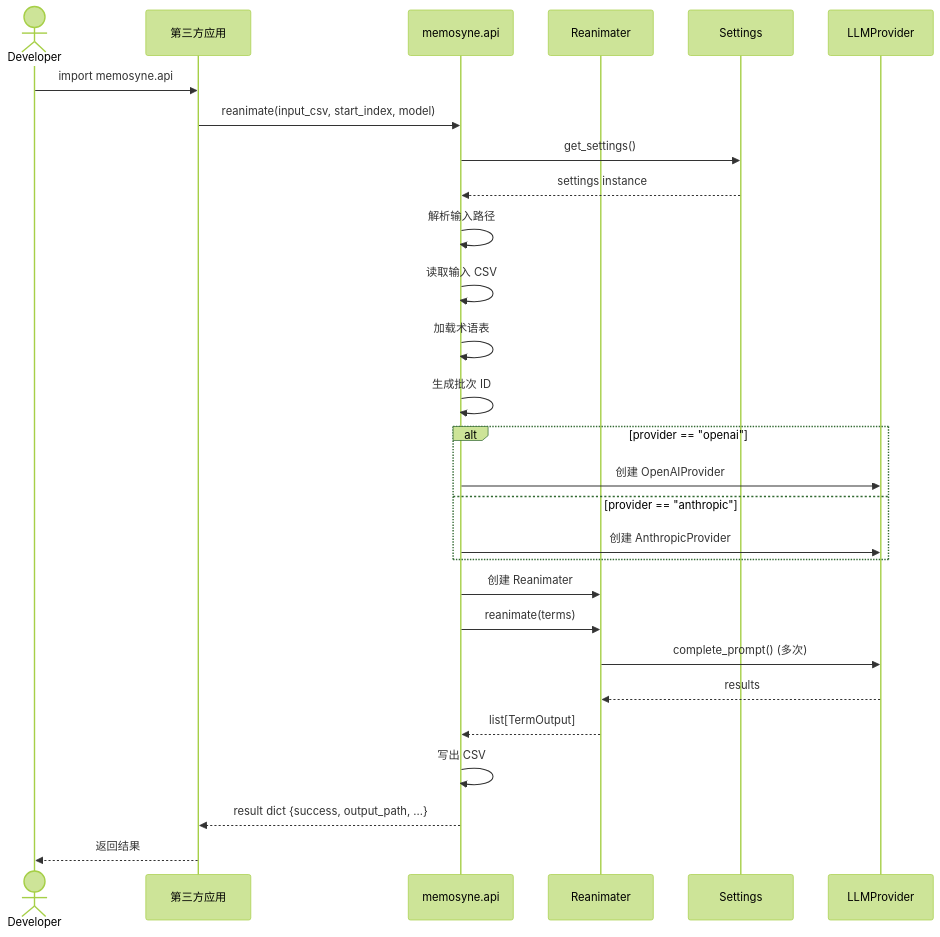
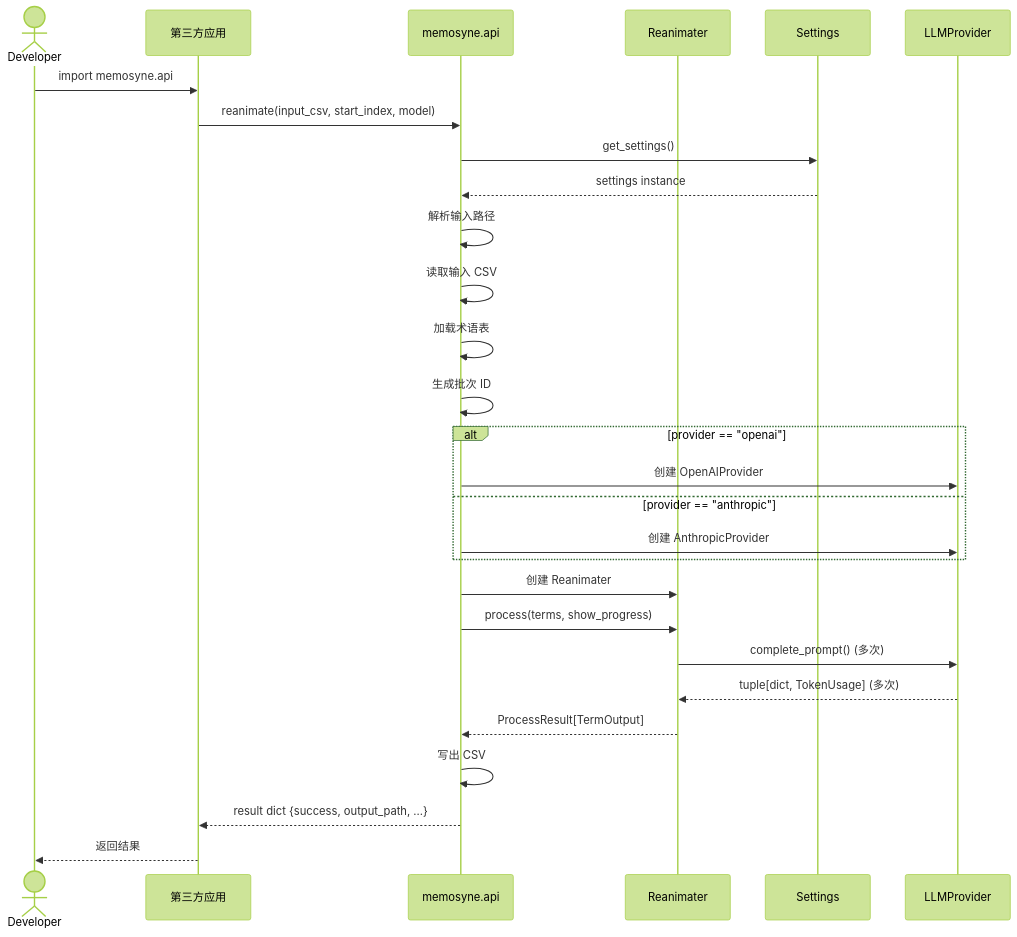
Before and after one commit to C1M0N/Memosyne: the ninth of 11 diagrams in ARCHITECTURE.md, drawn with Mermaid (forest theme). The commit also changed other lines of this file and 32 other files, not shown here.

````diff
--- a/ARCHITECTURE.md
+++ b/ARCHITECTURE.md
@@ -429,41 +462,41 @@
 ```mermaid
 sequenceDiagram
     actor Developer
     participant App as 第三方应用
     participant API as memosyne.api
     participant RA as Reanimater
     participant Settings as Settings
     participant LLM as LLMProvider
 
     Developer->>App: import memosyne.api
 
     App->>API: reanimate(input_csv, start_index, model)
 
     API->>Settings: get_settings()
     Settings-->>API: settings instance
 
     API->>API: 解析输入路径
     API->>API: 读取输入 CSV
     API->>API: 加载术语表
     API->>API: 生成批次 ID
 
     alt provider == "openai"
         API->>LLM: 创建 OpenAIProvider
     else provider == "anthropic"
         API->>LLM: 创建 AnthropicProvider
     end
 
     API->>RA: 创建 Reanimater
-    API->>RA: reanimate(terms)
+    API->>RA: process(terms, show_progress)
 
     RA->>LLM: complete_prompt() (多次)
-    LLM-->>RA: results
+    LLM-->>RA: tuple[dict, TokenUsage] (多次)
 
-    RA-->>API: list[TermOutput]
+    RA-->>API: ProcessResult[TermOutput]
 
     API->>API: 写出 CSV
 
     API-->>App: result dict {success, output_path, ...}
 
     App-->>Developer: 返回结果
 ```
````
